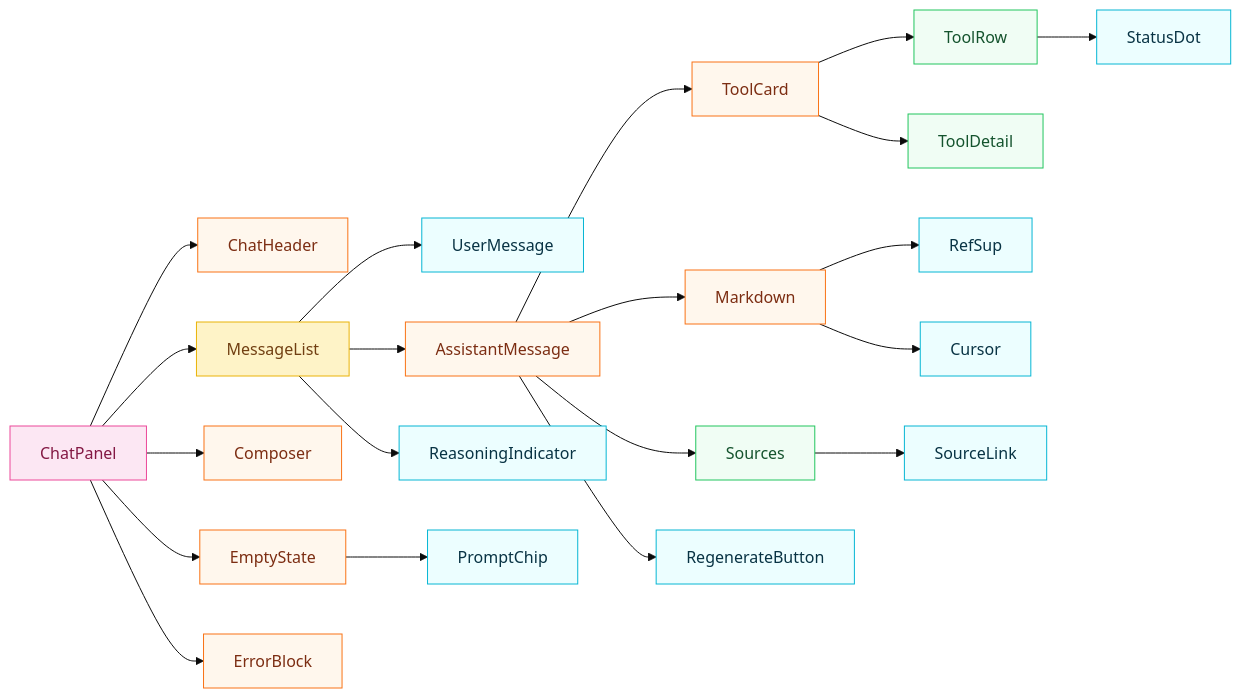
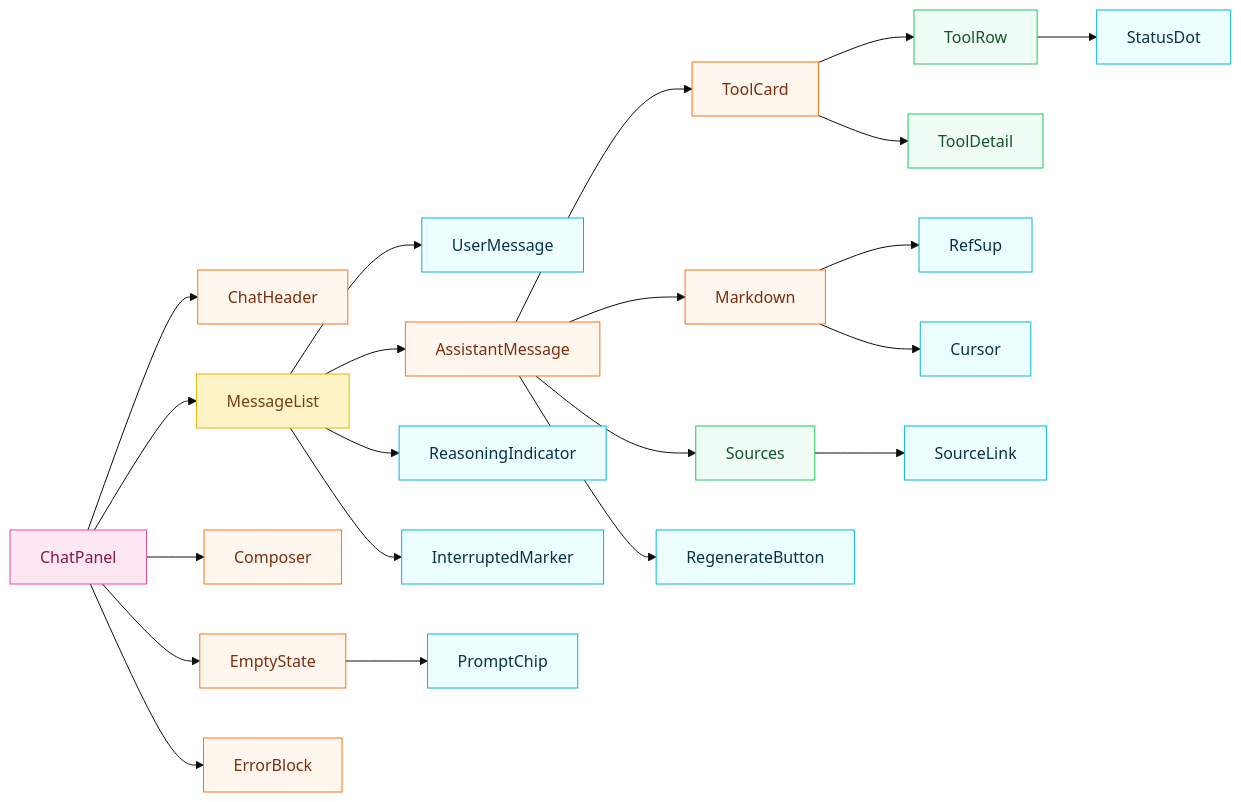
Before and after one commit to wei-yiting/fin-lab-x: the second of 4 diagrams in docs/frontend_chat_architecture.md, drawn with Mermaid (base theme). The commit also changed other lines of this file and 4 other files, not shown here.

````diff
--- a/docs/frontend_chat_architecture.md
+++ b/docs/frontend_chat_architecture.md
@@ -93,40 +94,41 @@
 ```mermaid
 flowchart LR
     ChatPanel --> ChatHeader
     ChatPanel --> MessageList
     ChatPanel --> Composer
     ChatPanel --> EmptyState
     ChatPanel --> ErrorBlock
 
     MessageList --> UserMessage
     MessageList --> AssistantMessage
     MessageList --> ReasoningIndicator
+    MessageList --> InterruptedMarker
 
     AssistantMessage --> ToolCard
     AssistantMessage --> Markdown
     AssistantMessage --> Sources
     AssistantMessage --> RegenerateButton
 
     ToolCard --> ToolRow
     ToolCard --> ToolDetail
     ToolRow --> StatusDot
 
     Markdown --> RefSup
     Markdown --> Cursor
 
     Sources --> SourceLink
 
     EmptyState --> PromptChip
 
     classDef atomCls fill:#ecfeff,stroke:#06b6d4,color:#083344
     classDef moleculeCls fill:#f0fdf4,stroke:#22c55e,color:#14532d
     classDef organismCls fill:#fff7ed,stroke:#f97316,color:#7c2d12
     classDef templateCls fill:#fef3c7,stroke:#eab308,color:#713f12
     classDef pageCls fill:#fce7f3,stroke:#ec4899,color:#831843
 
-    class StatusDot,RefSup,Cursor,ReasoningIndicator,PromptChip,RegenerateButton,SourceLink,UserMessage atomCls
+    class StatusDot,RefSup,Cursor,ReasoningIndicator,PromptChip,RegenerateButton,InterruptedMarker,SourceLink,UserMessage atomCls
     class ToolRow,ToolDetail,Sources moleculeCls
     class ChatHeader,AssistantMessage,ToolCard,Markdown,ErrorBlock,Composer,EmptyState organismCls
     class MessageList templateCls
     class ChatPanel pageCls
 ```
````
